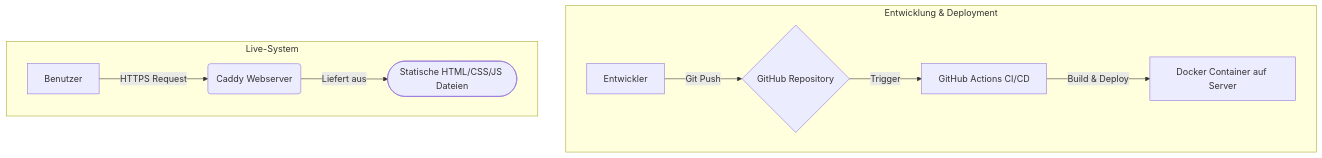
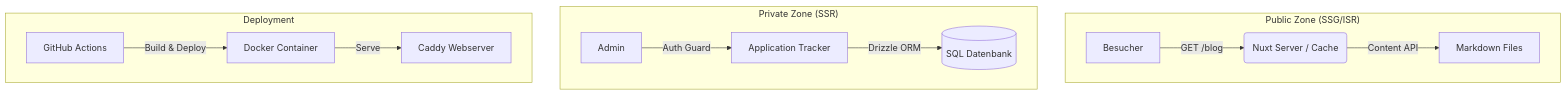
Before and after one commit to fleischerdesign/portfolio: the diagram in content/de/projects/fleischerdesign.md, drawn with Mermaid. The commit also changed other lines of this file and 3 other files, not shown here.

````diff
--- a/content/de/projects/fleischerdesign.md
+++ b/content/de/projects/fleischerdesign.md
@@ -77,13 +86,17 @@
 ```mermaid
 graph TD
-    subgraph "Entwicklung & Deployment"
-        A[Entwickler] -- Git Push --> B{GitHub Repository}
-        B -- Trigger --> C["GitHub Actions CI/CD"]
-        C -- Build & Deploy --> D[Docker Container auf Server]
+    subgraph "Public Zone (SSG/ISR)"
+        A[Besucher] -- GET /blog --> B(Nuxt Server / Cache)
+        B -- Content API --> C[Markdown Files]
     end
 
-    subgraph "Live-System"
-        E[Benutzer] -- HTTPS Request --> F(Caddy Webserver)
-        F -- Liefert aus --> G([Statische HTML/CSS/JS Dateien])
+    subgraph "Private Zone (SSR)"
+        D[Admin] -- Auth Guard --> E[Application Tracker]
+        E -- Drizzle ORM --> F[(SQL Datenbank)]
+    end
+
+    subgraph "Deployment"
+        G[GitHub Actions] -- Build & Deploy --> H[Docker Container]
+        H -- Serve --> I[Caddy Webserver]
     end
 ```
````
